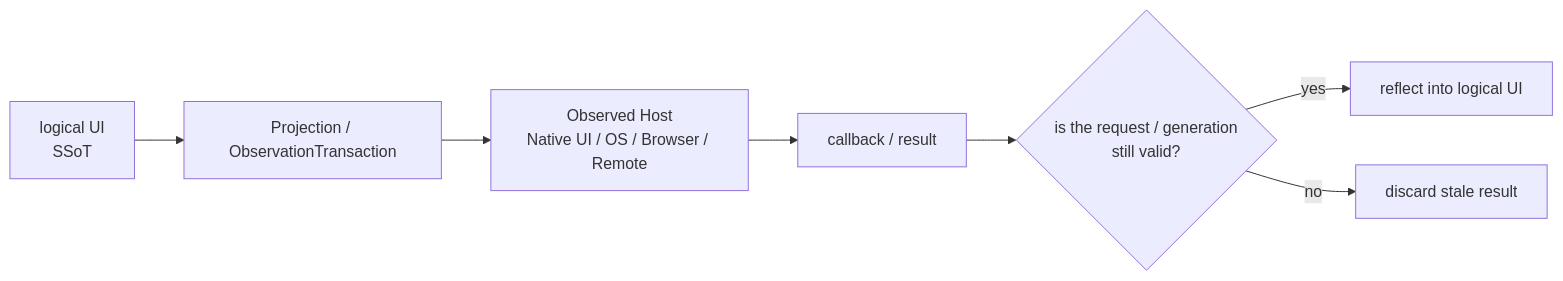
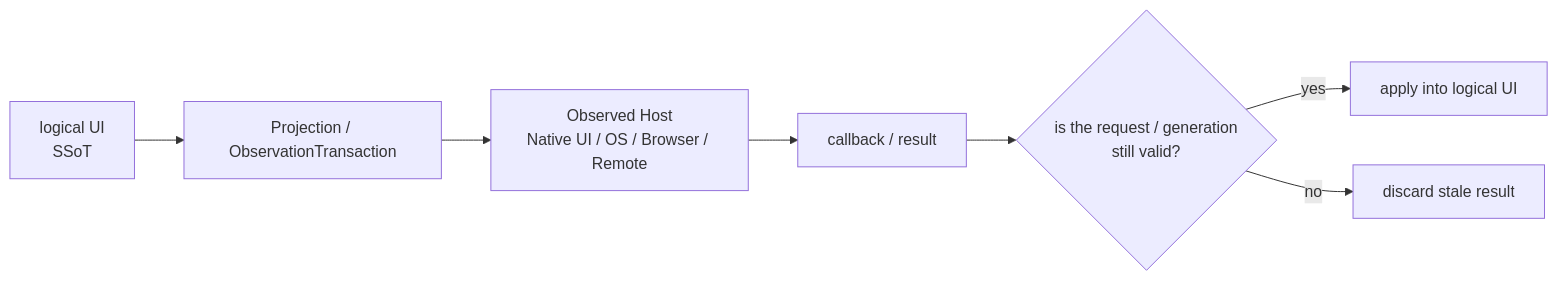
Diagram 13 of 17 in docs/update_pipeline_overview.md (cubenoy22/Loka), drawn with Mermaid before and after one commit. The commit also changed other lines of this file and 13 other files, not shown here.

````diff
--- a/docs/update_pipeline_overview.md
+++ b/docs/update_pipeline_overview.md
@@ -238,10 +238,10 @@
 ```mermaid
 flowchart LR
     A[logical UI<br/>SSoT] --> B[Projection / ObservationTransaction]
     B --> C[Observed Host<br/>Native UI / OS / Browser / Remote]
 
     C --> D[callback / result]
     D --> E{is the request / generation<br/>still valid?}
-    E -->|yes| F[reflect into logical UI]
+    E -->|yes| F[apply into logical UI]
     E -->|no| G[discard stale result]
 ```
````
